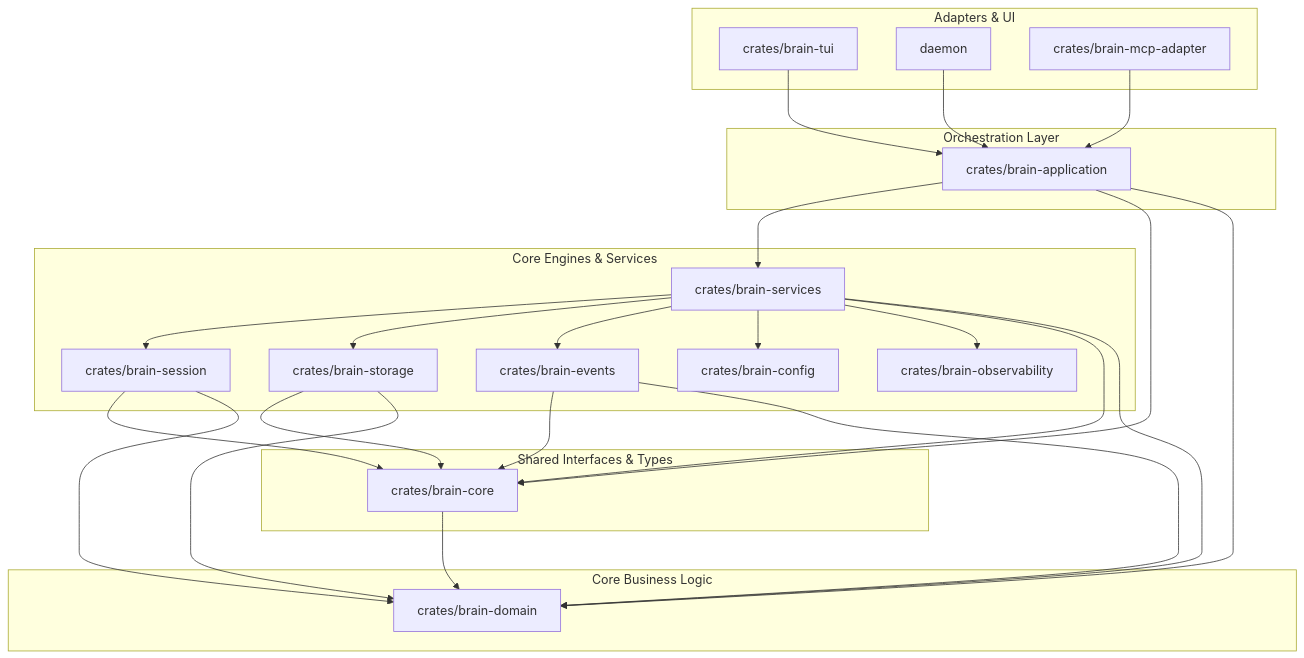
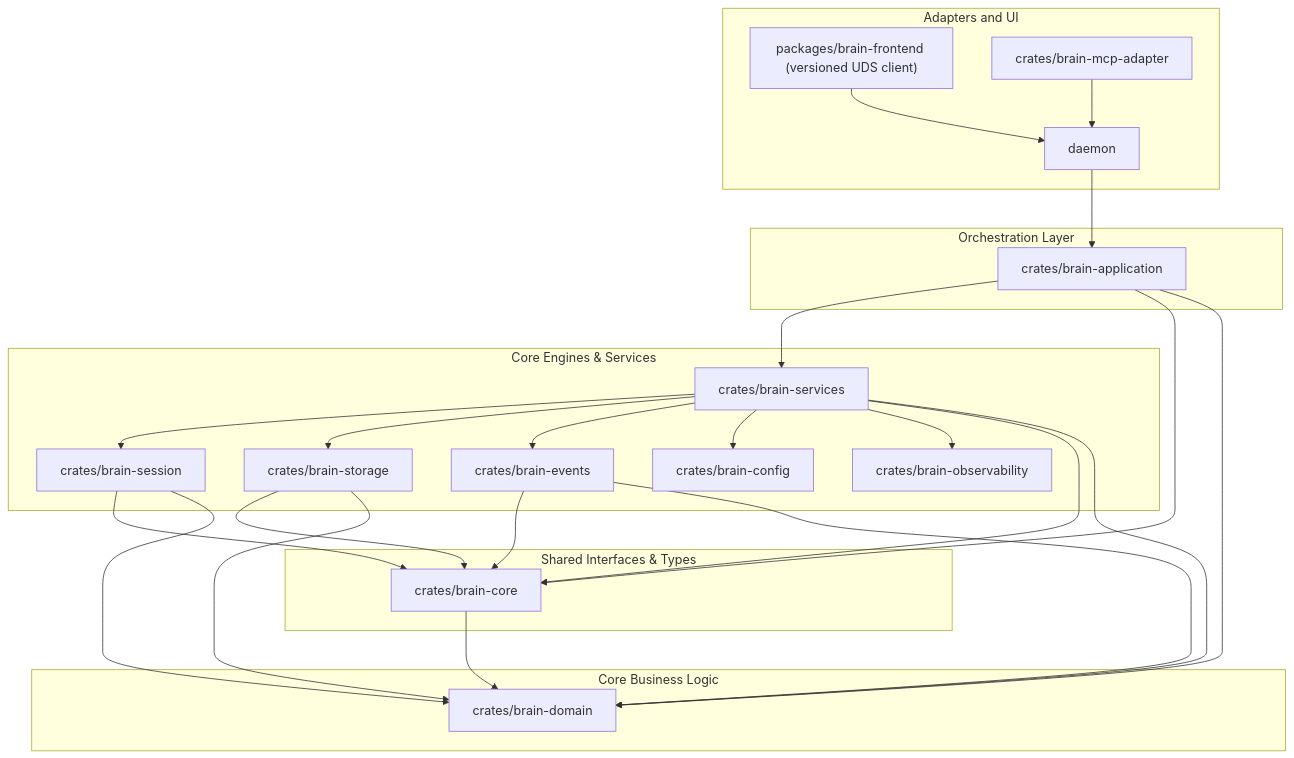
One commit to ritikpathania/brain changed the third of 3 diagrams in docs/architecture/overview.md. Above: the diagram before and after it, drawn with Mermaid. The commit also changed other lines of this file and 230 other files, not shown here.

````diff
--- a/docs/architecture/overview.md
+++ b/docs/architecture/overview.md
@@ -136,56 +140,56 @@
 ```mermaid
 flowchart TD
     %% Crates
-    subgraph UI_Adapters [Adapters & UI]
-        TUI["crates/brain-tui"]
+    subgraph UI_Adapters [Adapters and UI]
+        TUI["packages/brain-frontend (versioned UDS client)"]
         Daemon["daemon"]
         MCP["crates/brain-mcp-adapter"]
     end
 
     subgraph Orchestration [Orchestration Layer]
         App["crates/brain-application"]
     end
 
     subgraph CoreServices [Core Engines & Services]
         Services["crates/brain-services"]
         Session["crates/brain-session"]
         Storage["crates/brain-storage"]
         Events["crates/brain-events"]
         Config["crates/brain-config"]
         Obs["crates/brain-observability"]
     end
 
     subgraph SharedCore [Shared Interfaces & Types]
         Core["crates/brain-core"]
     end
 
     subgraph CoreDomain [Core Business Logic]
         Domain["crates/brain-domain"]
     end
 
     %% Dependencies
-    TUI --> App
+    TUI --> Daemon
     Daemon --> App
-    MCP --> App
+    MCP --> Daemon
     
     App --> Services
     App --> Core
     App --> Domain
 
     Services --> Session
     Services --> Storage
     Services --> Events
     Services --> Config
     Services --> Obs
     Services --> Core
     Services --> Domain
 
     Session --> Core
     Session --> Domain
     Storage --> Core
     Storage --> Domain
     Events --> Core
     Events --> Domain
 
     Core --> Domain
 ```
````
